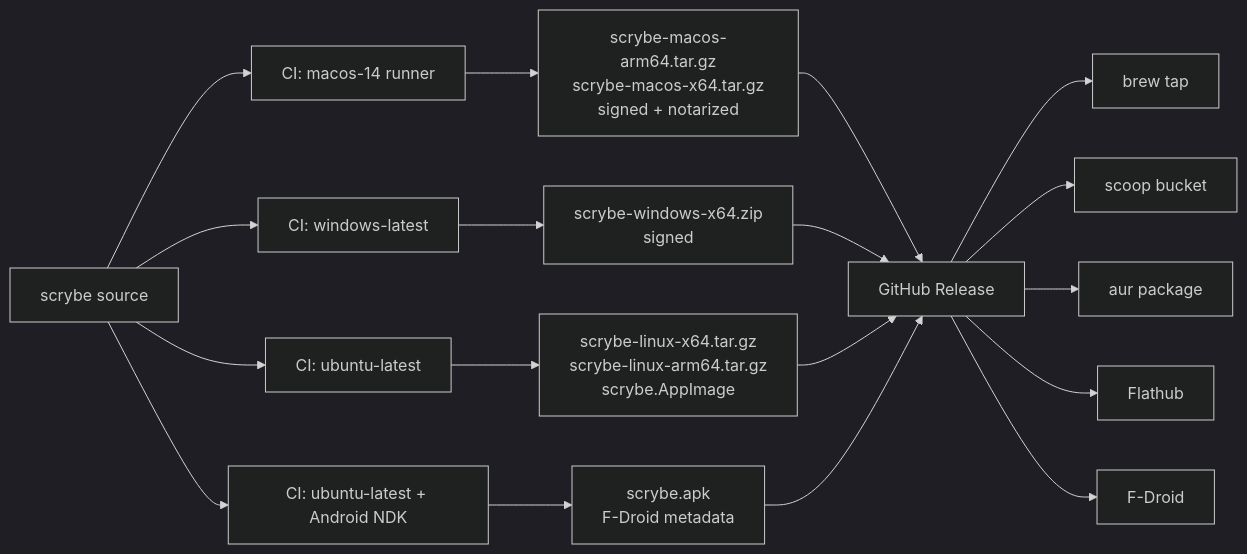
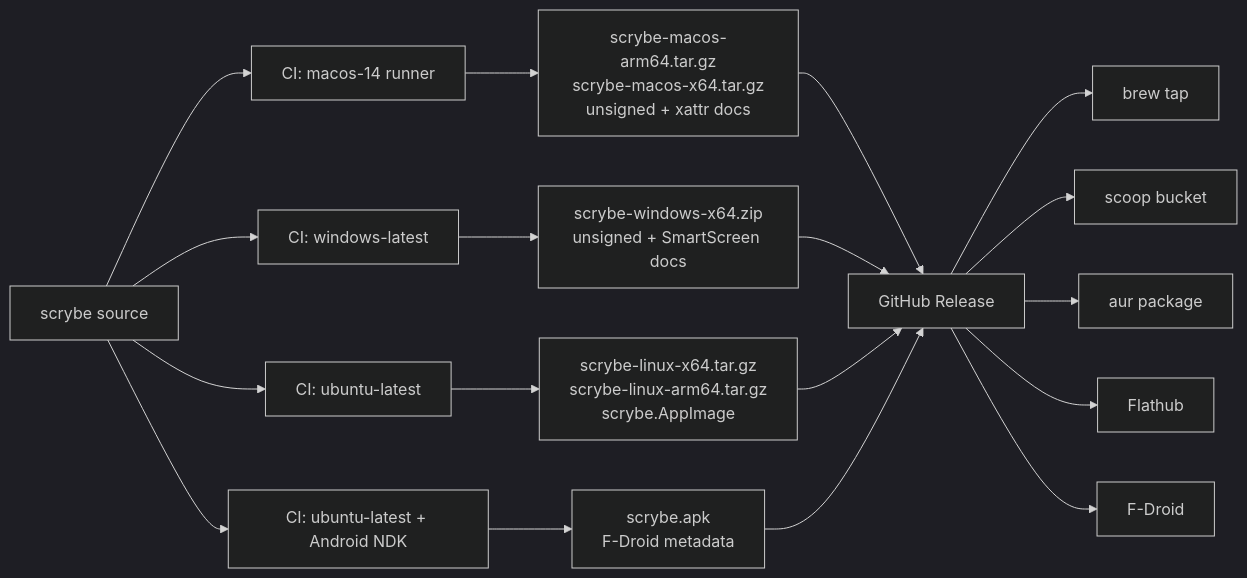
The sixth of 6 diagrams in docs/system-design.md (Mathews-Tom/scrybe), drawn with Mermaid (dark theme) before and after one commit. The commit also changed other lines of this file and 2 other files, not shown here.

````diff
--- a/docs/system-design.md
+++ b/docs/system-design.md
@@ -760,20 +760,20 @@
 ```mermaid
 flowchart LR
     Source["scrybe source"]
     Source --> CIMac["CI: macos-14 runner"]
     Source --> CIWin["CI: windows-latest"]
     Source --> CILin["CI: ubuntu-latest"]
     Source --> CIAnd["CI: ubuntu-latest + Android NDK"]
 
-    CIMac --> ArtMac["scrybe-macos-arm64.tar.gz<br/>scrybe-macos-x64.tar.gz<br/>signed + notarized"]
-    CIWin --> ArtWin["scrybe-windows-x64.zip<br/>signed"]
+    CIMac --> ArtMac["scrybe-macos-arm64.tar.gz<br/>scrybe-macos-x64.tar.gz<br/>unsigned + xattr docs"]
+    CIWin --> ArtWin["scrybe-windows-x64.zip<br/>unsigned + SmartScreen docs"]
     CILin --> ArtLin["scrybe-linux-x64.tar.gz<br/>scrybe-linux-arm64.tar.gz<br/>scrybe.AppImage"]
     CIAnd --> ArtAnd["scrybe.apk<br/>F-Droid metadata"]
 
     ArtMac & ArtWin & ArtLin & ArtAnd --> Release["GitHub Release"]
     Release --> Brew["brew tap"]
     Release --> Scoop["scoop bucket"]
     Release --> AUR["aur package"]
     Release --> Flat["Flathub"]
     Release --> FDroid["F-Droid"]
 ```
````
